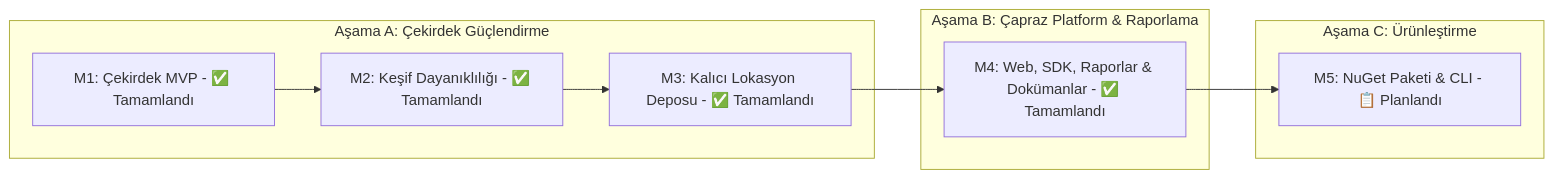
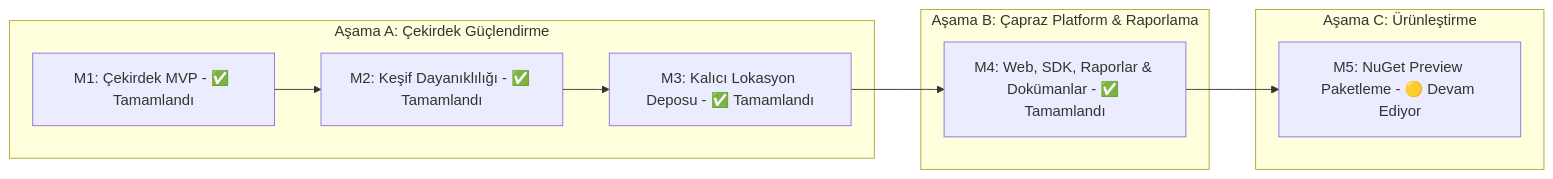
Before and after one commit to mustafasercansak/automation-sandbox: the sixth of 6 diagrams in PROJECT_SHOWCASE.md, drawn with Mermaid. The commit also changed other lines of this file and 10 other files, not shown here.

Commit message:
feat: prepare NuGet preview packaging workflow

````diff
--- a/PROJECT_SHOWCASE.md
+++ b/PROJECT_SHOWCASE.md
@@ -384,16 +384,16 @@
 ```mermaid
 graph LR
     subgraph PhaseA [Aşama A: Çekirdek Güçlendirme]
         M1[M1: Çekirdek MVP - ✅ Tamamlandı]
         M2[M2: Keşif Dayanıklılığı - ✅ Tamamlandı]
         M3[M3: Kalıcı Lokasyon Deposu - ✅ Tamamlandı]
         M1 --> M2 --> M3
     end
     subgraph PhaseB [Aşama B: Çapraz Platform & Raporlama]
         M4[M4: Web, SDK, Raporlar & Dokümanlar - ✅ Tamamlandı]
     end
     subgraph PhaseC [Aşama C: Ürünleştirme]
-        M5[M5: NuGet Paketi & CLI - 📋 Planlandı]
+        M5[M5: NuGet Preview Paketleme - 🟡 Devam Ediyor]
     end
     M3 --> M4 --> M5
 ```
````
